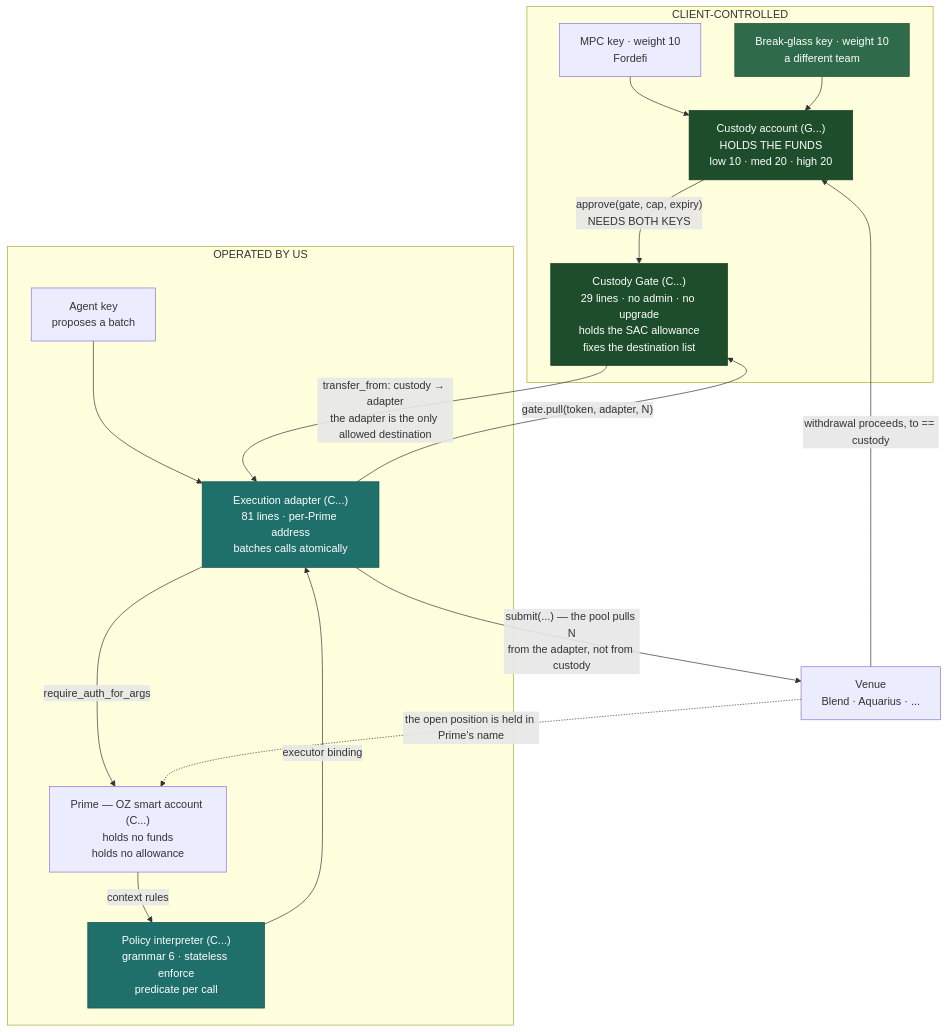
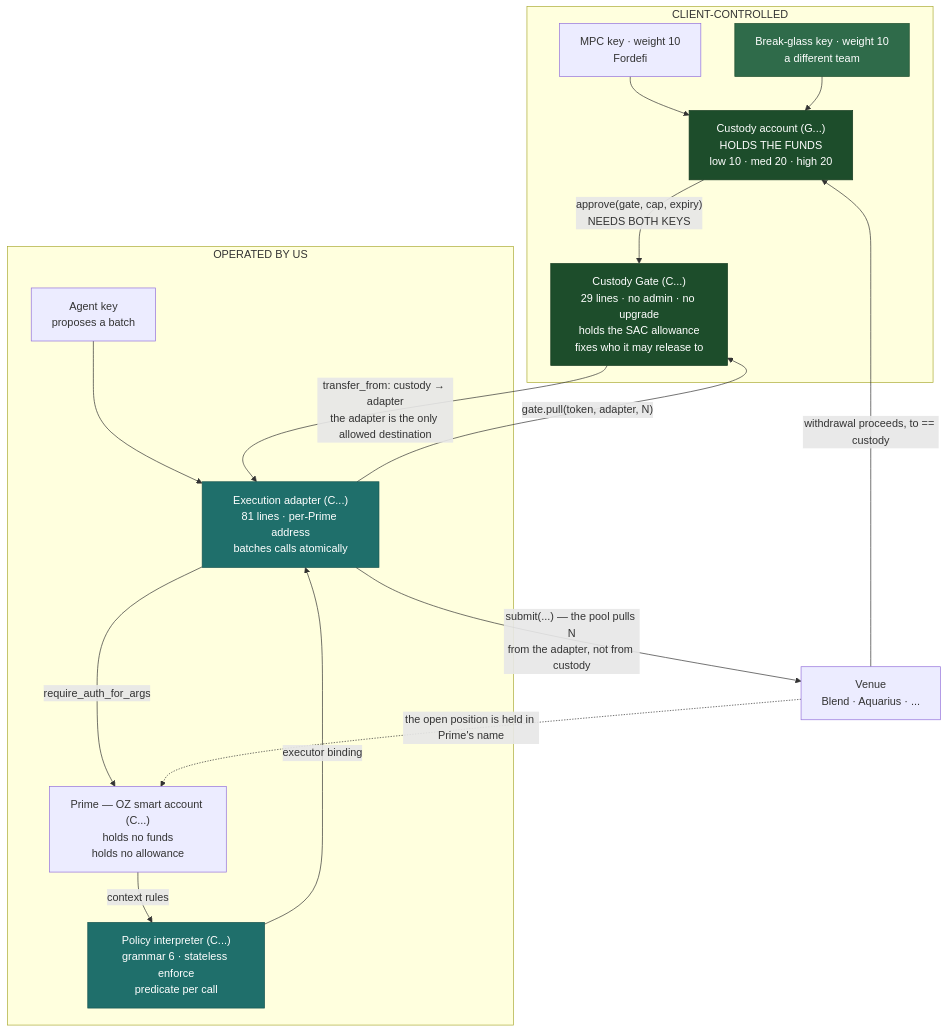
Before and after one commit to untangledfinance/oz-policy-builder: the first of 5 diagrams in docs/custody-preserving-execution.md, drawn with Mermaid. The commit also changed other lines of this file and 4 other files, not shown here.

````diff
--- a/docs/custody-preserving-execution.md
+++ b/docs/custody-preserving-execution.md
@@ -99,37 +99,37 @@
 ```mermaid
 flowchart TB
     subgraph CLIENT["CLIENT-CONTROLLED"]
         MPC["Custody account (G...)<br/>HOLDS THE FUNDS<br/>low 10 · med 20 · high 20"]
         K1["MPC key · weight 10<br/>Fordefi"]
         K2["Break-glass key · weight 10<br/>a different team"]
-        GATE["Custody Gate (C...)<br/>29 lines · no admin · no upgrade<br/>holds the SAC allowance<br/>fixes the destination list"]
+        GATE["Custody Gate (C...)<br/>29 lines · no admin · no upgrade<br/>holds the SAC allowance<br/>fixes who it may release to"]
     end
 
     subgraph OPERATOR["OPERATED BY US"]
         PRIME["Prime — OZ smart account (C...)<br/>holds no funds<br/>holds no allowance"]
         ADAPTER["Execution adapter (C...)<br/>81 lines · per-Prime address<br/>batches calls atomically"]
         INTERP["Policy interpreter (C...)<br/>grammar 6 · stateless enforce<br/>predicate per call"]
         AGENT["Agent key<br/>proposes a batch"]
     end
 
     VENUE["Venue<br/>Blend · Aquarius · ..."]
 
     K1 --> MPC
     K2 --> MPC
     MPC -- "approve(gate, cap, expiry)<br/>NEEDS BOTH KEYS" --> GATE
     AGENT --> ADAPTER
     ADAPTER -- "require_auth_for_args" --> PRIME
     PRIME -- "context rules" --> INTERP
     INTERP -- "executor binding" --> ADAPTER
     ADAPTER -- "gate.pull(token, adapter, N)" --> GATE
     GATE -- "transfer_from: custody → adapter<br/>the adapter is the only allowed destination" --> ADAPTER
     ADAPTER -- "submit(...) — the pool pulls N<br/>from the adapter, not from custody" --> VENUE
     VENUE -- "withdrawal proceeds, to == custody" --> MPC
     VENUE -. "the open position is held in Prime's name" .-> PRIME
 
     style MPC fill:#1d4d2b,color:#fff,stroke:#143a1f
     style GATE fill:#1d4d2b,color:#fff,stroke:#143a1f
     style K2 fill:#2F6B4A,color:#fff,stroke:#1d4d2b
     style INTERP fill:#1F6F6B,color:#fff,stroke:#155450
     style ADAPTER fill:#1F6F6B,color:#fff,stroke:#155450
 ```
````
